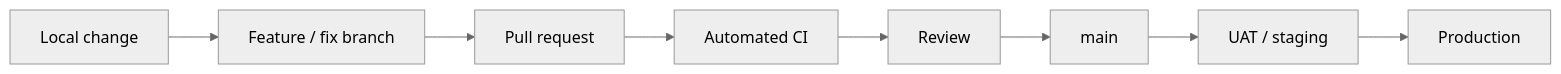
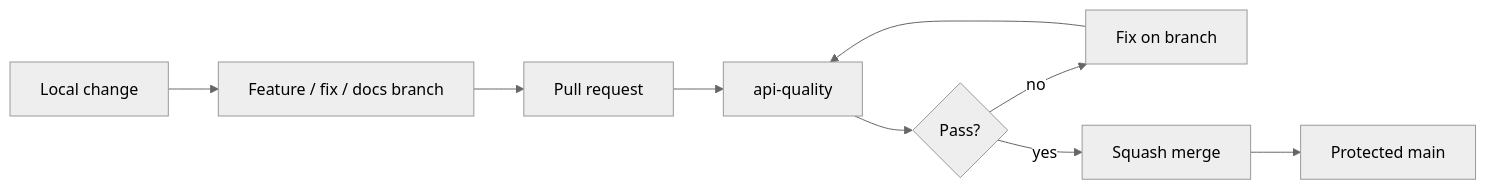
Before and after one commit to kumarchandansingh/tropos: the first of 6 diagrams in docs/delivery/CI_CD.md, drawn with Mermaid (neutral theme). The commit also changed other lines of this file and 13 other files, not shown here.

Commit message:
docs: rebuild Tropos living architecture

````diff
--- a/docs/delivery/CI_CD.md
+++ b/docs/delivery/CI_CD.md
@@ -11,10 +7,12 @@
 ```mermaid
 flowchart LR
-    Dev[Local change] --> Branch[Feature / fix branch]
-    Branch --> PR[Pull request]
-    PR --> CI[Automated CI]
-    CI --> Review[Review]
-    Review --> Main[main]
-    Main --> UAT[UAT / staging]
-    UAT --> Prod[Production]
+    Dev[Local change]
+    --> Branch[Feature / fix / docs branch]
+    --> PR[Pull request]
+    --> CI[api-quality]
+    --> Gate{Pass?}
+    Gate -- no --> Fix[Fix on branch]
+    Fix --> CI
+    Gate -- yes --> Merge[Squash merge]
+    Merge --> Main[Protected main]
 ```
````
